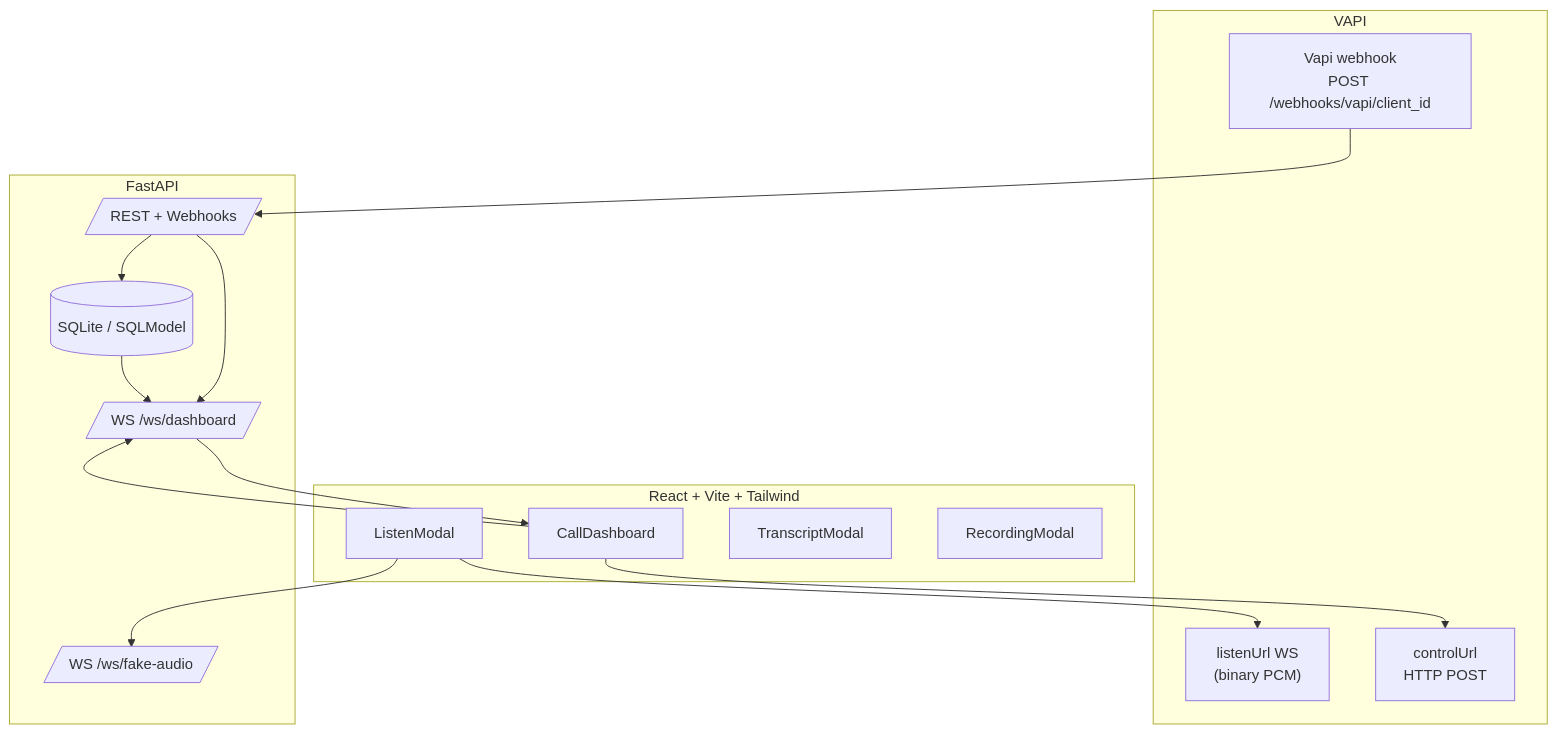
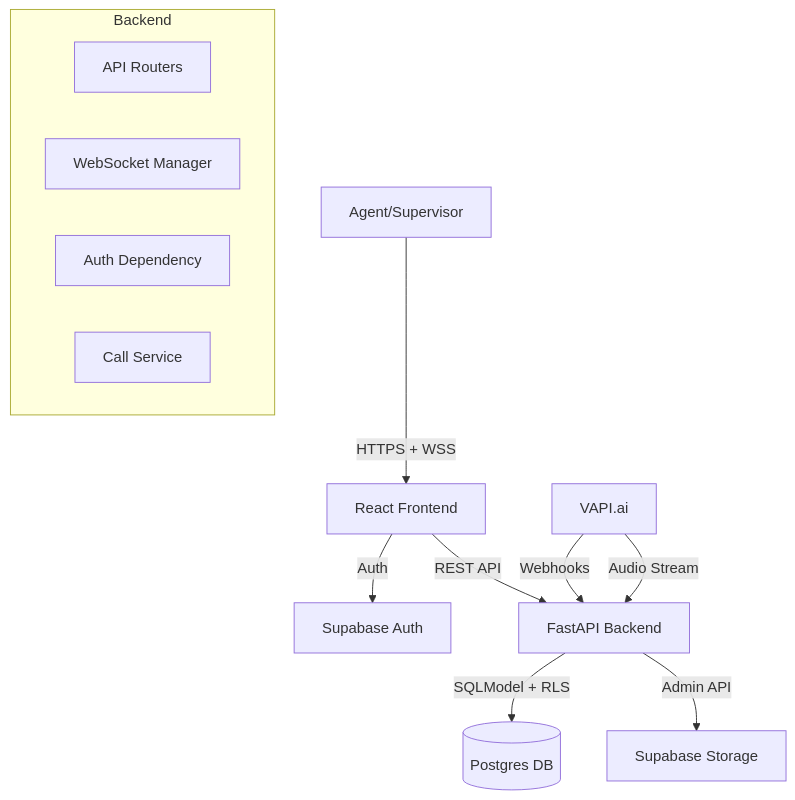
One commit to ronaks2309/fe-inbound-panel changed the first of 9 diagrams in architecture-diagrams.md. Above: the diagram before and after it, drawn with Mermaid. The commit also changed other lines of this file and 3 other files, not shown here.

````diff
--- a/architecture-diagrams.md
+++ b/architecture-diagrams.md
@@ -4,32 +6,19 @@
 ```mermaid
 flowchart TD
-  subgraph VAPI
-    WB["Vapi webhook\nPOST /webhooks/vapi/client_id"]
-    LS["listenUrl WS\n(binary PCM)"]
-    CTL["controlUrl\nHTTP POST"]
-  end
-
-  subgraph Backend[FastAPI]
-    API[/REST + Webhooks/]
-    WS[/WS /ws/dashboard/]
-    FAKE[/WS /ws/fake-audio/]
-    DB[(SQLite / SQLModel)]
-  end
-
-  subgraph Frontend[React + Vite + Tailwind]
-    UI[CallDashboard]
-    LModal[ListenModal]
-    TModal[TranscriptModal]
-    RModal[RecordingModal]
-  end
-
-  WB --> API
-  API --> DB
-  API --> WS
-  DB --> WS
-  WS --> UI
-  UI --> WS
-  LModal --> LS
-  UI --> CTL
-  LModal --> FAKE
+    User[Agent/Supervisor] -->|HTTPS + WSS| FE[React Frontend]
+    FE -->|Auth| Supabase[Supabase Auth]
+    FE -->|REST API| BE[FastAPI Backend]
+    
+    subgraph Backend
+        Router[API Routers]
+        WS[WebSocket Manager]
+        Auth[Auth Dependency]
+        Service[Call Service]
+    end
+    
+    BE -->|SQLModel + RLS| DB[(Postgres DB)]
+    BE -->|Admin API| Storage[Supabase Storage]
+    
+    VAPI[VAPI.ai] -->|Webhooks| BE
+    VAPI -->|Audio Stream| BE
 ```
````
